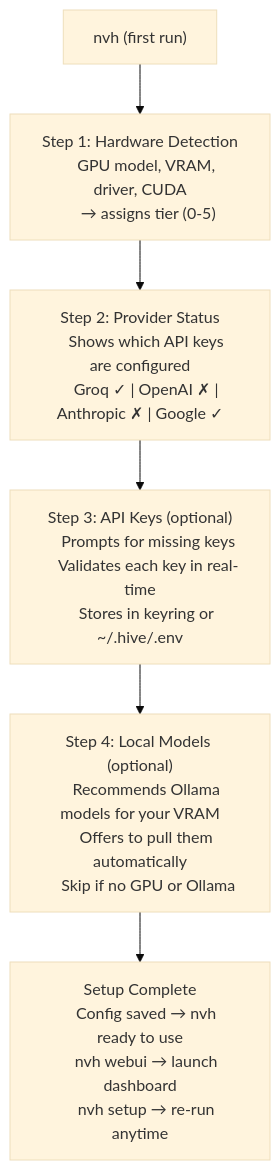
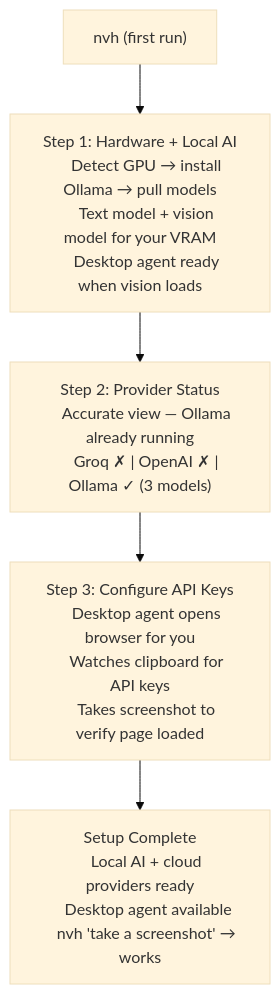
Before and after one commit to thatcooperguy/nvHive: the first of 3 diagrams in README.md, drawn with Mermaid (base theme). The commit also changed other lines of this file, not shown here.

First line of the commit message:
docs: update README for 0.29 — desktop agent, 3-step setup, VRAM tiers

````diff
--- a/README.md
+++ b/README.md
@@ -45,21 +44,18 @@
 ```mermaid
 flowchart TB
-    START["nvh (first run)"] --> S1["Step 1: Hardware Detection
-    GPU model, VRAM, driver, CUDA
-    → assigns tier (0-5)"]
+    START["nvh (first run)"] --> S1["Step 1: Hardware + Local AI
+    Detect GPU → install Ollama → pull models
+    Text model + vision model for your VRAM
+    Desktop agent ready when vision loads"]
     S1 --> S2["Step 2: Provider Status
-    Shows which API keys are configured
-    Groq ✓ | OpenAI ✗ | Anthropic ✗ | Google ✓"]
-    S2 --> S3["Step 3: API Keys (optional)
-    Prompts for missing keys
-    Validates each key in real-time
-    Stores in keyring or ~/.hive/.env"]
-    S3 --> S4["Step 4: Local Models (optional)
-    Recommends Ollama models for your VRAM
-    Offers to pull them automatically
-    Skip if no GPU or Ollama"]
-    S4 --> DONE["Setup Complete
-    Config saved → nvh ready to use
-    nvh webui → launch dashboard
-    nvh setup → re-run anytime"]
+    Accurate view — Ollama already running
+    Groq ✗ | OpenAI ✗ | Ollama ✓ (3 models)"]
+    S2 --> S3["Step 3: Configure API Keys
+    Desktop agent opens browser for you
+    Watches clipboard for API keys
+    Takes screenshot to verify page loaded"]
+    S3 --> DONE["Setup Complete
+    Local AI + cloud providers ready
+    Desktop agent available
+    nvh 'take a screenshot' → works"]
 ```
````
